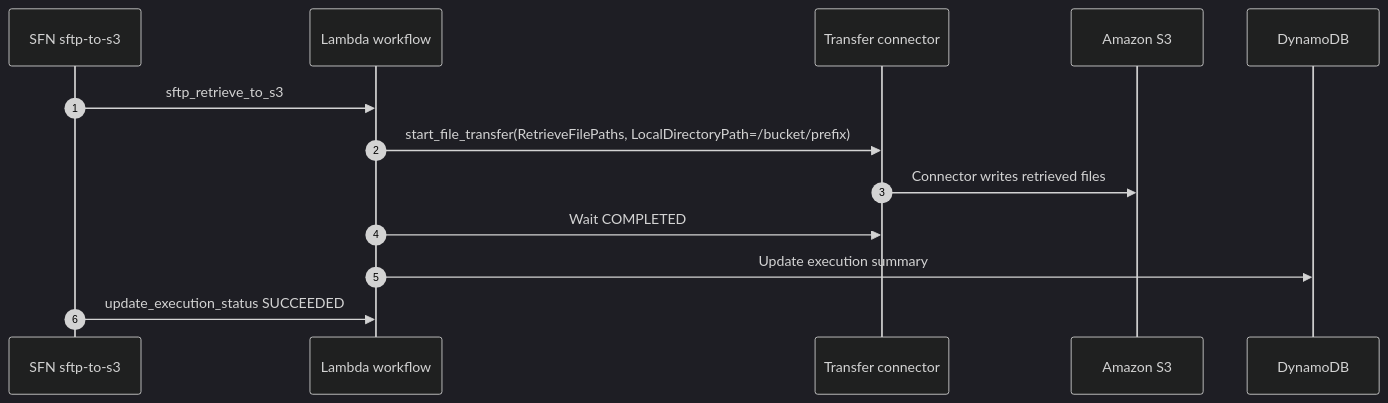
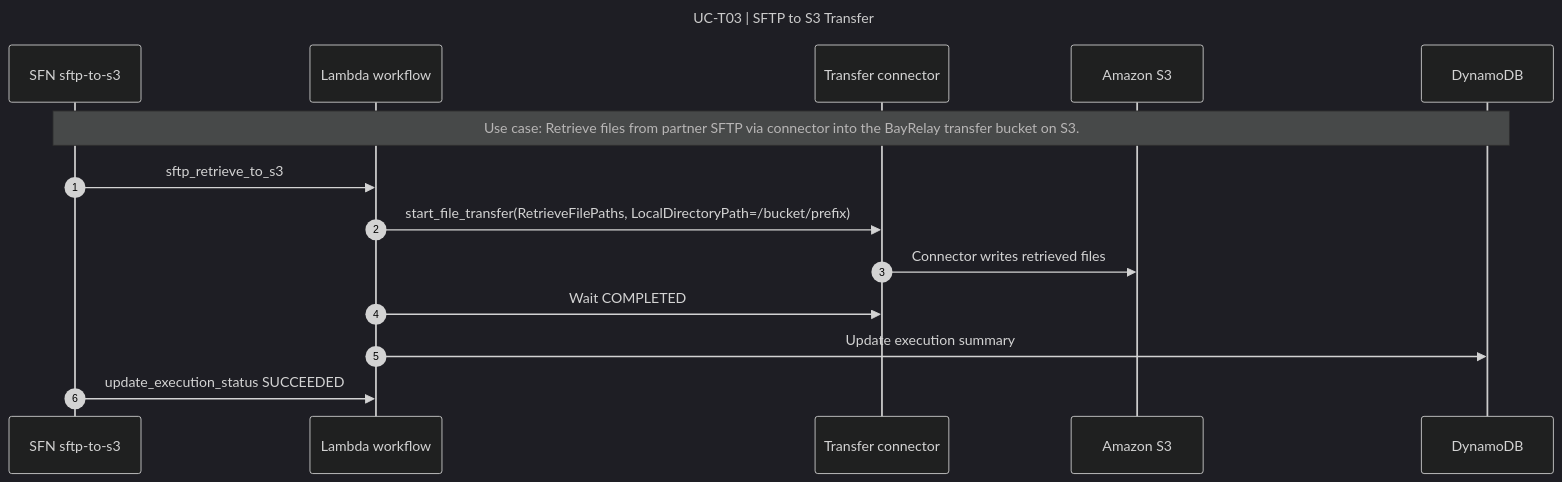
One commit to bayareala8s/BayRelayAI changed the diagram in docs/sequence-diagrams/mmd/UC-T03.mmd. Above: the diagram before and after it, drawn with Mermaid (dark theme). The commit also changed 68 other files, not shown here.

First line of the commit message:
Add title and use-case labels to all sequence diagrams.

```diff
--- a/docs/sequence-diagrams/mmd/UC-T03.mmd
+++ b/docs/sequence-diagrams/mmd/UC-T03.mmd
@@ -1,14 +1,18 @@
+---
+title: UC-T03 | SFTP to S3 Transfer
+---
 sequenceDiagram
   autonumber
   participant Child as SFN sftp-to-s3
   participant WF as Lambda workflow
   participant TF as Transfer connector
   participant S3 as Amazon S3
   participant DDB as DynamoDB
+  Note over Child,DDB: Use case: Retrieve files from partner SFTP via connector into the BayRelay transfer bucket on S3.
 
   Child->>WF: sftp_retrieve_to_s3
   WF->>TF: start_file_transfer(RetrieveFilePaths, LocalDirectoryPath=/bucket/prefix)
   TF->>S3: Connector writes retrieved files
   WF->>TF: Wait COMPLETED
   WF->>DDB: Update execution summary
   Child->>WF: update_execution_status SUCCEEDED
```
